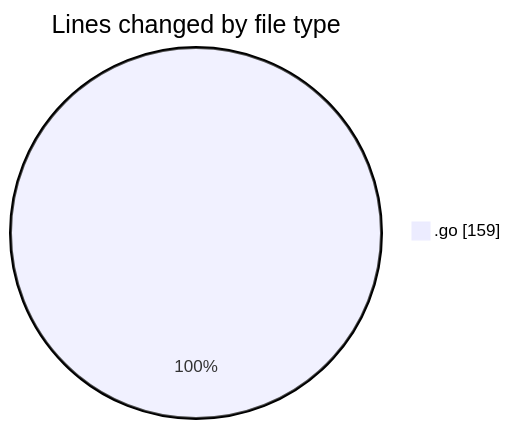
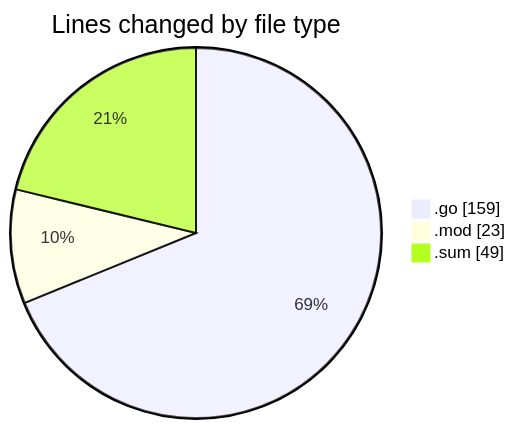
One commit to Ritupan-Deka/code-tracking changed the first of 2 diagrams in 2025-11-01/backend/README.md. Above: the diagram before and after it, drawn with Mermaid. The commit also changed other lines of this file and 1 other file, not shown here.

````diff
--- a/2025-11-01/backend/README.md
+++ b/2025-11-01/backend/README.md
@@ -23,5 +25,7 @@
 ```mermaid
 pie showData
 title Lines changed by file type
 ".go" : 159
+".mod" : 23
+".sum" : 49
 ```
````
